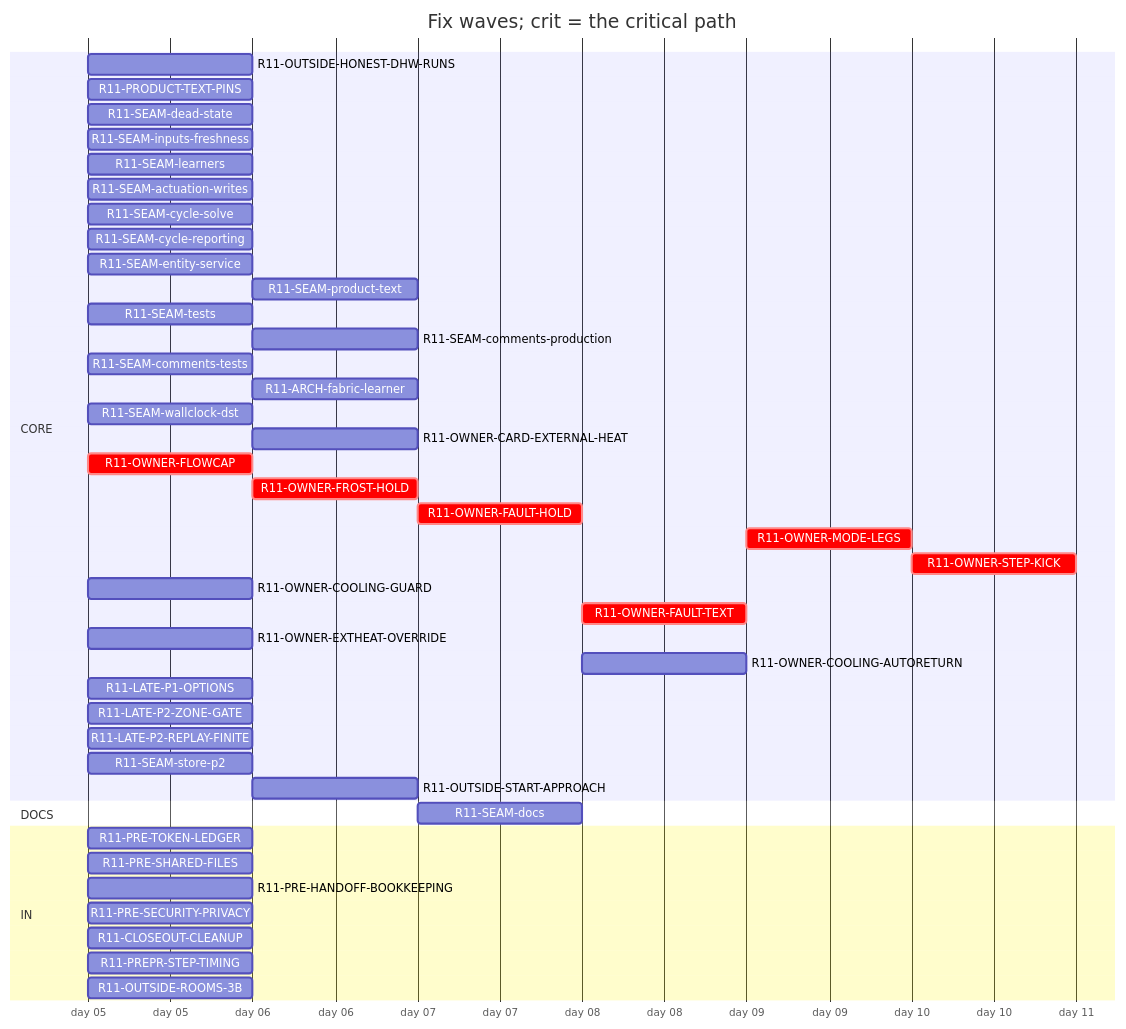
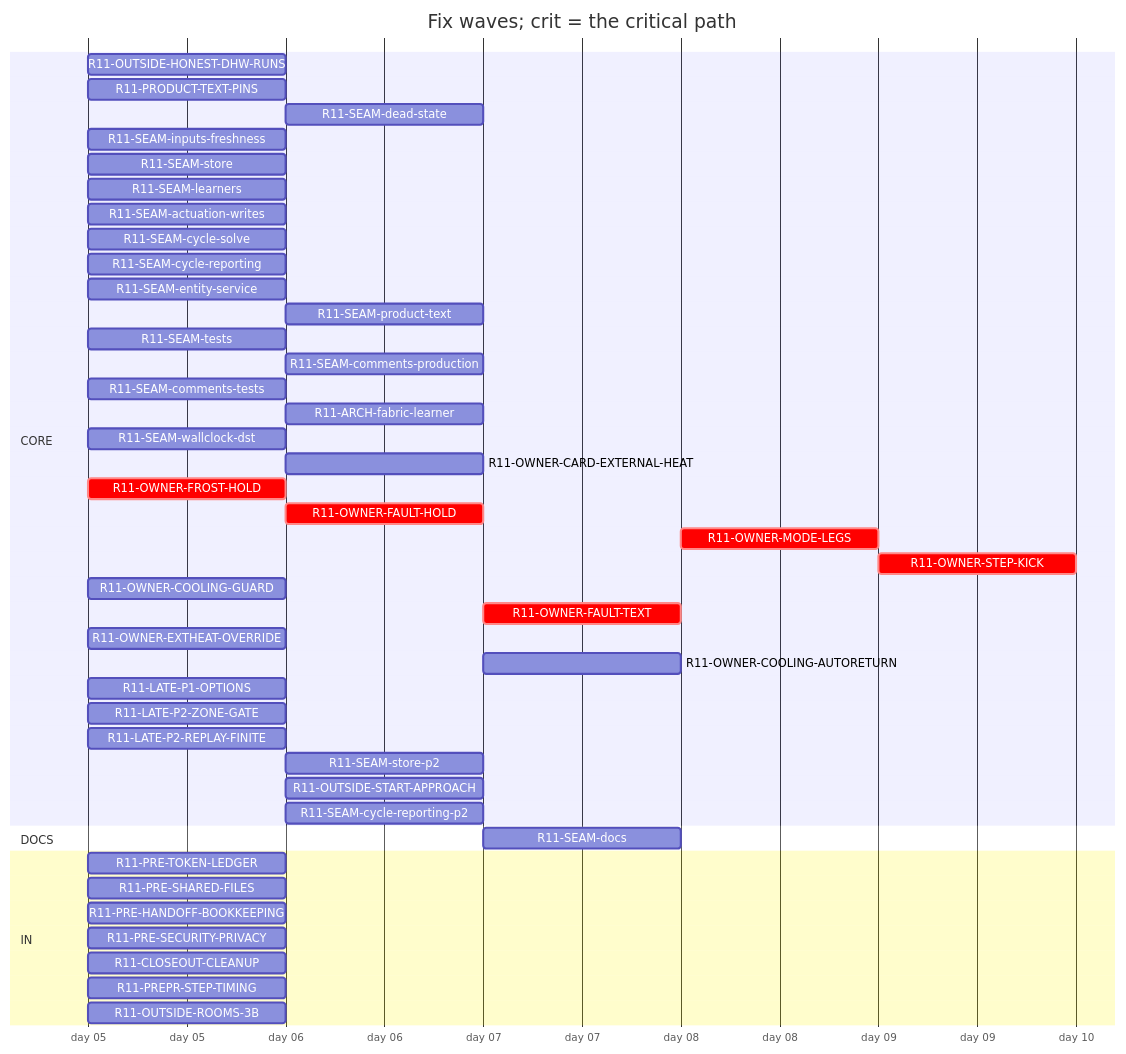
Before and after one commit to tvofi/heatpump_optimizer: the diagram in handoff/round11/state/PLAN-TABLE.md, drawn with Mermaid. The commit also changed other lines of this file and 4 other files, not shown here.

Commit message:
state: FLOW-BOARD.md, NEXT-SESSION-PROMPT.md, PLAN-TABLE.md, PLAN.html, RESUME-CURRENT.md regenerated (state_docs.py)

````diff
--- a/handoff/round11/state/PLAN-TABLE.md
+++ b/handoff/round11/state/PLAN-TABLE.md
@@ -16,47 +16,48 @@
 ```mermaid
 gantt
   title Fix waves; crit = the critical path
   dateFormat YYYY-MM-DD
   axisFormat day %d
   section CORE
     R11-OUTSIDE-HONEST-DHW-RUNS :r11OUTSIDEHONESTDHWRUNS, 2026-01-05, 1d
     R11-PRODUCT-TEXT-PINS :r11PRODUCTTEXTPINS, 2026-01-05, 1d
-    R11-SEAM-dead-state :r11SEAMdeadstate, 2026-01-05, 1d
+    R11-SEAM-dead-state :r11SEAMdeadstate, after r11SEAMstore, 1d
     R11-SEAM-inputs-freshness :r11SEAMinputsfreshness, 2026-01-05, 1d
+    R11-SEAM-store :r11SEAMstore, 2026-01-05, 1d
     R11-SEAM-learners :r11SEAMlearners, 2026-01-05, 1d
     R11-SEAM-actuation-writes :r11SEAMactuationwrites, 2026-01-05, 1d
     R11-SEAM-cycle-solve :r11SEAMcyclesolve, 2026-01-05, 1d
     R11-SEAM-cycle-reporting :r11SEAMcyclereporting, 2026-01-05, 1d
     R11-SEAM-entity-service :r11SEAMentityservice, 2026-01-05, 1d
     R11-SEAM-product-text :r11SEAMproducttext, after r11SEAMactuationwrites r11SEAMentityservice r11SEAMinputsfreshness r11SEAMcyclesolve r11SEAMcyclereporting, 1d
     R11-SEAM-tests :r11SEAMtests, 2026-01-05, 1d
     R11-SEAM-comments-production :r11SEAMcommentsproduction, after r11SEAMactuationwrites r11SEAMentityservice r11SEAMinputsfreshness r11SEAMcyclesolve r11SEAMcyclereporting, 1d
     R11-SEAM-comments-tests :r11SEAMcommentstests, 2026-01-05, 1d
     R11-ARCH-fabric-learner :r11ARCHfabriclearner, after r11SEAMlearners, 1d
     R11-SEAM-wallclock-dst :r11SEAMwallclockdst, 2026-01-05, 1d
     R11-OWNER-CARD-EXTERNAL-HEAT :r11OWNERCARDEXTERNALHEAT, after r11OWNEREXTHEATOVERRIDE, 1d
-    R11-OWNER-FLOWCAP :crit, r11OWNERFLOWCAP, 2026-01-05, 1d
-    R11-OWNER-FROST-HOLD :crit, r11OWNERFROSTHOLD, after r11OWNERFLOWCAP, 1d
+    R11-OWNER-FROST-HOLD :crit, r11OWNERFROSTHOLD, 2026-01-05, 1d
     R11-OWNER-FAULT-HOLD :crit, r11OWNERFAULTHOLD, after r11OWNERFROSTHOLD, 1d
     R11-OWNER-MODE-LEGS :crit, r11OWNERMODELEGS, after r11OWNERFAULTTEXT, 1d
     R11-OWNER-STEP-KICK :crit, r11OWNERSTEPKICK, after r11OWNERMODELEGS, 1d
     R11-OWNER-COOLING-GUARD :r11OWNERCOOLINGGUARD, 2026-01-05, 1d
     R11-OWNER-FAULT-TEXT :crit, r11OWNERFAULTTEXT, after r11OWNERFAULTHOLD, 1d
     R11-OWNER-EXTHEAT-OVERRIDE :r11OWNEREXTHEATOVERRIDE, 2026-01-05, 1d
     R11-OWNER-COOLING-AUTORETURN :r11OWNERCOOLINGAUTORETURN, after r11OWNERCOOLINGGUARD r11OWNERFAULTHOLD, 1d
     R11-LATE-P1-OPTIONS :r11LATEP1OPTIONS, 2026-01-05, 1d
     R11-LATE-P2-ZONE-GATE :r11LATEP2ZONEGATE, 2026-01-05, 1d
     R11-LATE-P2-REPLAY-FINITE :r11LATEP2REPLAYFINITE, 2026-01-05, 1d
-    R11-SEAM-store-p2 :r11SEAMstorep2, 2026-01-05, 1d
+    R11-SEAM-store-p2 :r11SEAMstorep2, after r11SEAMstore, 1d
     R11-OUTSIDE-START-APPROACH :r11OUTSIDESTARTAPPROACH, after r11OUTSIDEHONESTDHWRUNS r11SEAMlearners, 1d
+    R11-SEAM-cycle-reporting-p2 :r11SEAMcyclereportingp2, after r11SEAMcyclereporting, 1d
   section DOCS
     R11-SEAM-docs :r11SEAMdocs, after r11SEAMlearners r11SEAMactuationwrites r11SEAMentityservice r11SEAMinputsfreshness r11SEAMcyclesolve r11SEAMcyclereporting r11SEAMproducttext, 1d
   section IN
     R11-PRE-TOKEN-LEDGER :r11PRETOKENLEDGER, 2026-01-05, 1d
     R11-PRE-SHARED-FILES :r11PRESHAREDFILES, 2026-01-05, 1d
     R11-PRE-HANDOFF-BOOKKEEPING :r11PREHANDOFFBOOKKEEPING, 2026-01-05, 1d
     R11-PRE-SECURITY-PRIVACY :r11PRESECURITYPRIVACY, 2026-01-05, 1d
     R11-CLOSEOUT-CLEANUP :r11CLOSEOUTCLEANUP, 2026-01-05, 1d
     R11-PREPR-STEP-TIMING :r11PREPRSTEPTIMING, 2026-01-05, 1d
     R11-OUTSIDE-ROOMS-3B :r11OUTSIDEROOMS3B, 2026-01-05, 1d
 ```
````
